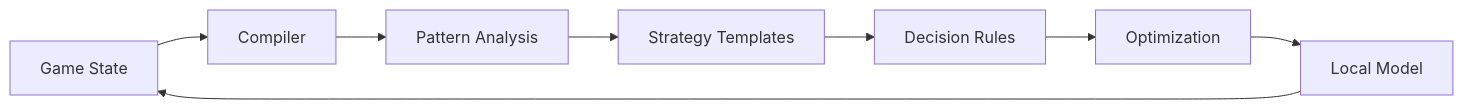
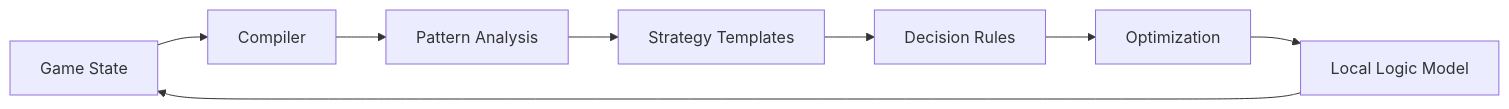
One commit to ruvnet/local-logic changed the second of 4 diagrams in README.md. Above: the diagram before and after it, drawn with Mermaid. The commit also changed other lines of this file, not shown here.

Commit message:
feat: Update README.md with Local Logic Model approach for AI training

````diff
--- a/README.md
+++ b/README.md
@@ -56,10 +117,10 @@
 ```mermaid
 flowchart LR
     A[Game State] --> B[Compiler]
     B --> C[Pattern Analysis]
     C --> D[Strategy Templates]
     D --> E[Decision Rules]
     E --> F[Optimization]
-    F --> G[Local Model]
+    F --> G[Local Logic Model]
     G --> A
 ```
````
